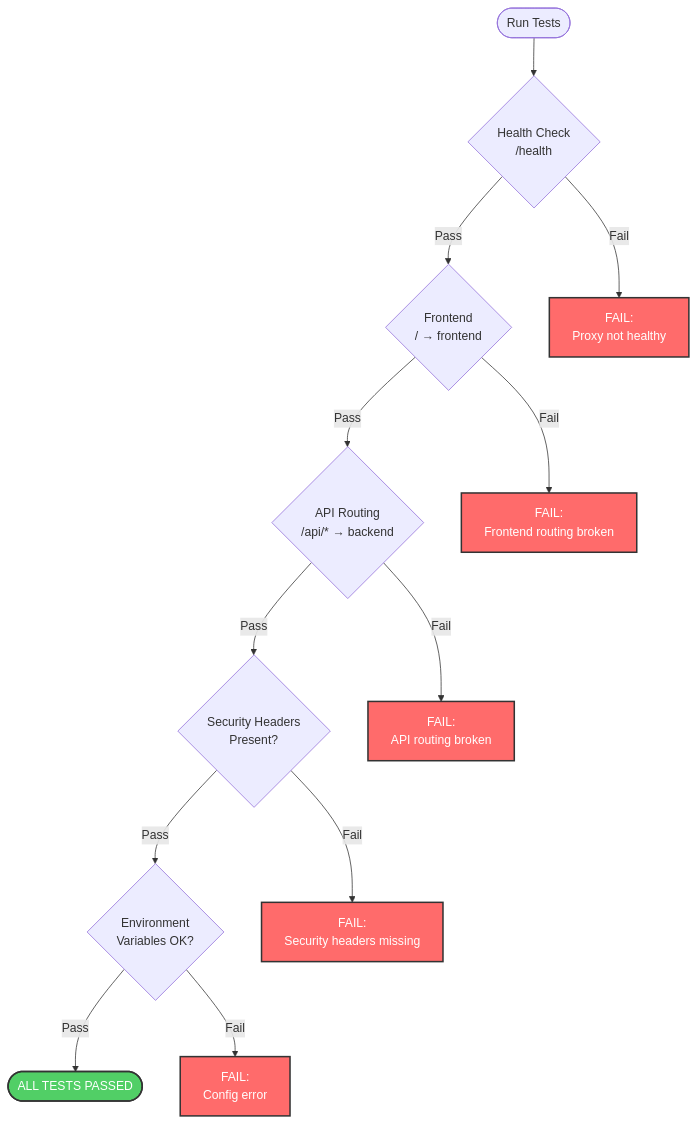
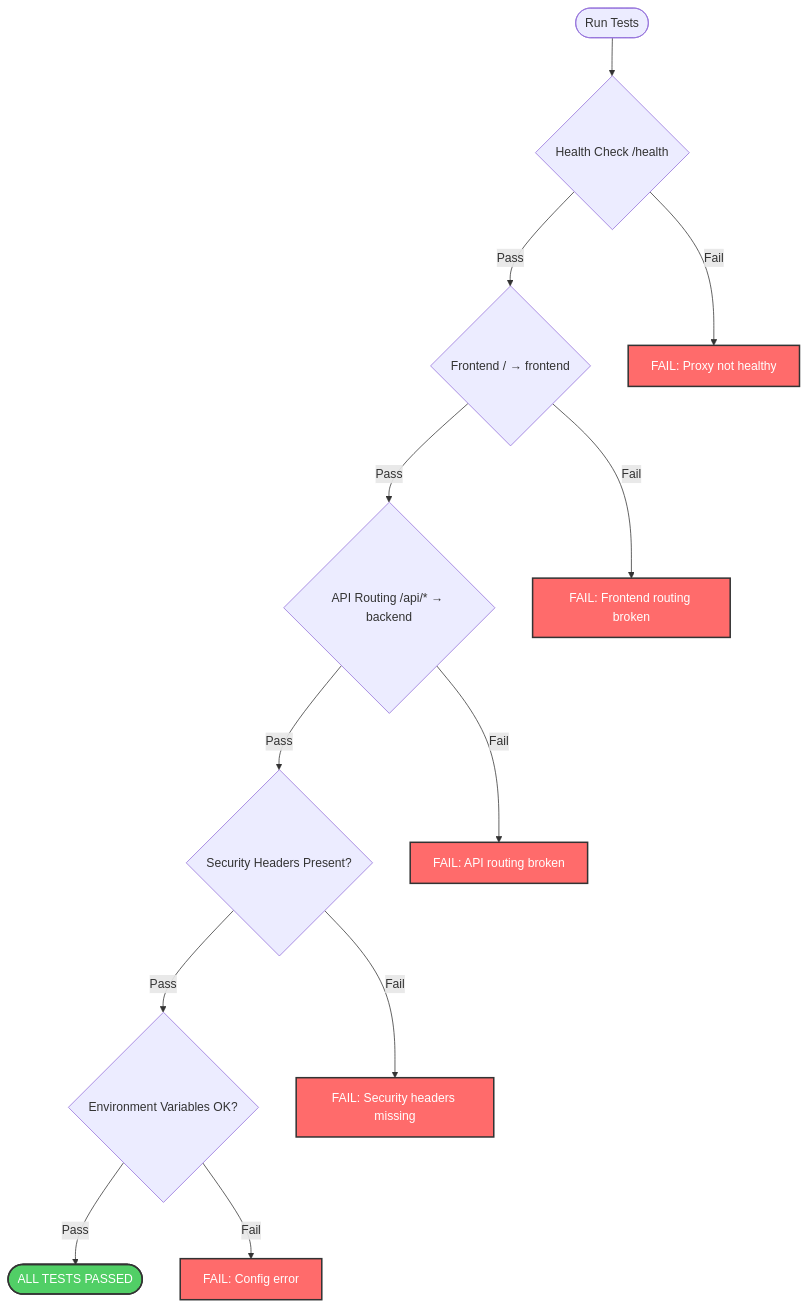
One commit to softwarewrighter/dev-proxy changed diagram 14 of 16 in wiki/Build-Process.md. Above: the diagram before and after it, drawn with Mermaid. The commit also changed other lines of this file and 6 other files, not shown here.

First line of the commit message:
Fix wiki Mermaid diagrams: remove <br/> tags

````diff
--- a/wiki/Build-Process.md
+++ b/wiki/Build-Process.md
@@ -607,26 +607,26 @@
 ```mermaid
 graph TB
-    Start([Run Tests]) --> T1{Health Check<br/>/health}
+    Start([Run Tests]) --> T1{Health Check /health}
 
-    T1 -->|Pass| T2{Frontend<br/>/ → frontend}
-    T1 -->|Fail| F1[FAIL:<br/>Proxy not healthy]
+    T1 -->|Pass| T2{Frontend / → frontend}
+    T1 -->|Fail| F1[FAIL: Proxy not healthy]
 
-    T2 -->|Pass| T3{API Routing<br/>/api/* → backend}
-    T2 -->|Fail| F2[FAIL:<br/>Frontend routing broken]
+    T2 -->|Pass| T3{API Routing /api/* → backend}
+    T2 -->|Fail| F2[FAIL: Frontend routing broken]
 
-    T3 -->|Pass| T4{Security Headers<br/>Present?}
-    T3 -->|Fail| F3[FAIL:<br/>API routing broken]
+    T3 -->|Pass| T4{Security Headers Present?}
+    T3 -->|Fail| F3[FAIL: API routing broken]
 
-    T4 -->|Pass| T5{Environment<br/>Variables OK?}
-    T4 -->|Fail| F4[FAIL:<br/>Security headers missing]
+    T4 -->|Pass| T5{Environment Variables OK?}
+    T4 -->|Fail| F4[FAIL: Security headers missing]
 
     T5 -->|Pass| Success([ALL TESTS PASSED])
-    T5 -->|Fail| F5[FAIL:<br/>Config error]
+    T5 -->|Fail| F5[FAIL: Config error]
 
     style Success fill:#51cf66,stroke:#333,stroke-width:2px,color:#fff
     style F1 fill:#ff6b6b,stroke:#333,stroke-width:2px,color:#fff
     style F2 fill:#ff6b6b,stroke:#333,stroke-width:2px,color:#fff
     style F3 fill:#ff6b6b,stroke:#333,stroke-width:2px,color:#fff
     style F4 fill:#ff6b6b,stroke:#333,stroke-width:2px,color:#fff
     style F5 fill:#ff6b6b,stroke:#333,stroke-width:2px,color:#fff
 ```
````
